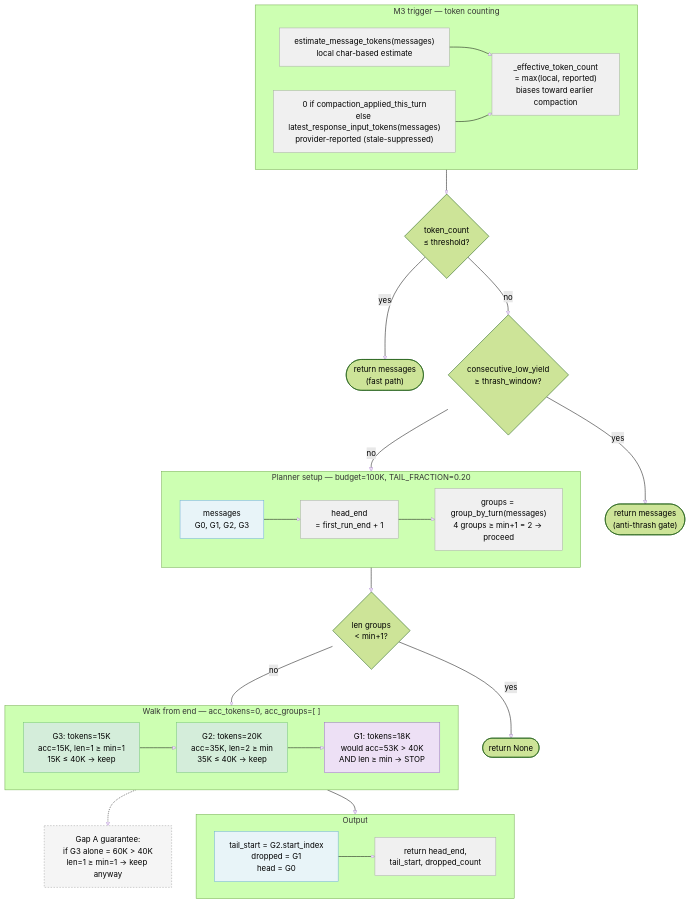
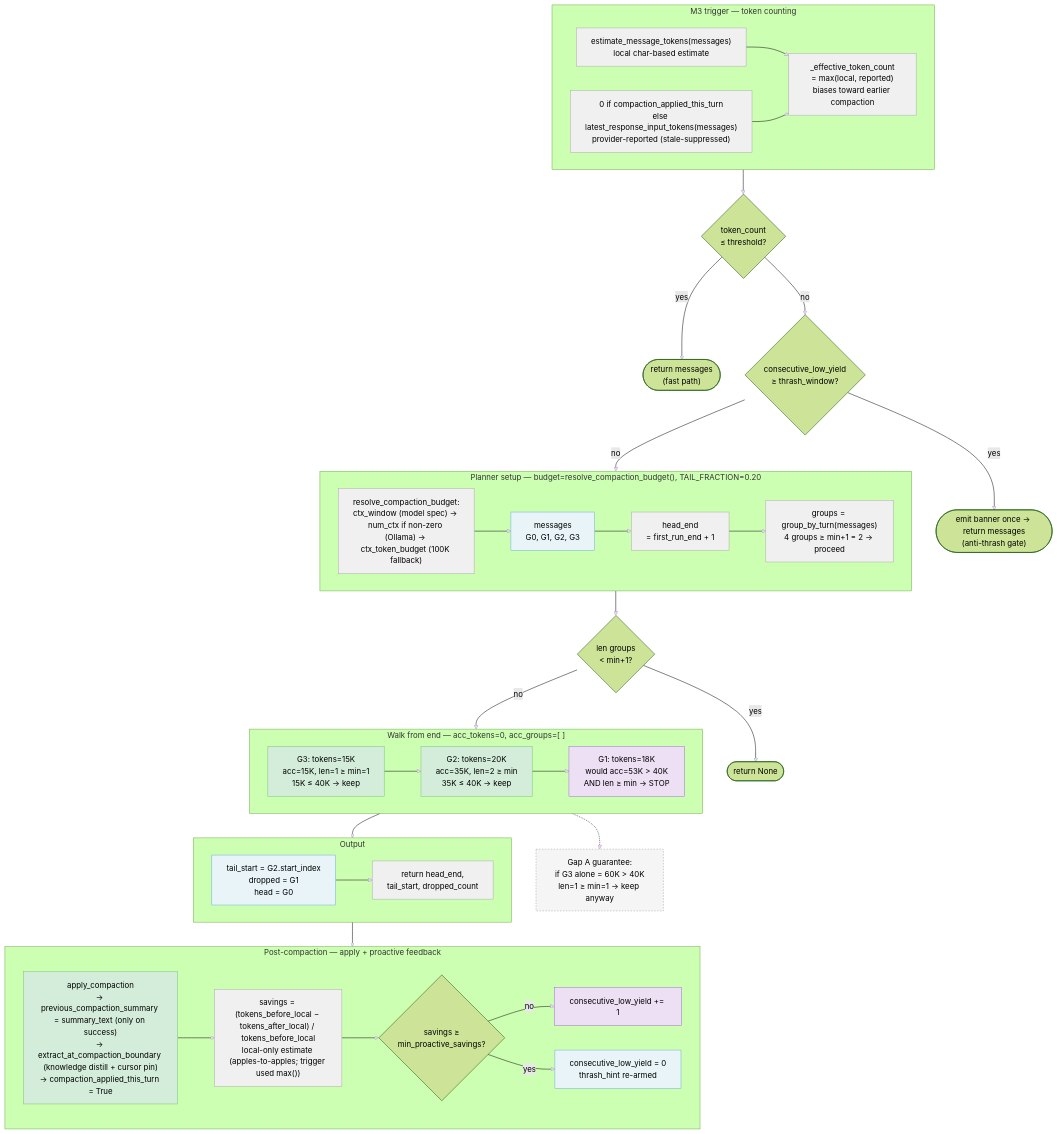
The fourth of 6 diagrams in docs/specs/compaction.md (binlecode/co-cli), drawn with Mermaid (forest theme) before and after one commit. The commit also changed other lines of this file and 6 other files, not shown here.

````diff
--- a/docs/specs/compaction.md
+++ b/docs/specs/compaction.md
@@ -210,62 +213,68 @@
 ```mermaid
 flowchart TD
     subgraph Trigger["M3 trigger — token counting"]
         direction LR
         t_local["estimate_message_tokens(messages)\nlocal char-based estimate"]:::meta
         t_rep["0 if compaction_applied_this_turn\nelse latest_response_input_tokens(messages)\nprovider-reported (stale-suppressed)"]:::meta
         t_eff["_effective_token_count\n= max(local, reported)\nbiases toward earlier compaction"]:::meta
         t_local --> t_eff
         t_rep --> t_eff
     end
 
     ThreshCheck{"token_count\n≤ threshold?"}
     FastPath(["return messages\n(fast path)"])
     ThrashCheck{"consecutive_low_yield\n≥ thrash_window?"}
-    ThrashGate(["return messages\n(anti-thrash gate)"])
+    ThrashGate(["emit banner once → return messages\n(anti-thrash gate)"])
 
-    subgraph Setup["Planner setup — budget=100K, TAIL_FRACTION=0.20"]
+    subgraph Setup["Planner setup — budget=resolve_compaction_budget(), TAIL_FRACTION=0.20"]
         direction LR
-        s_msgs["messages\nG0, G1, G2, G3"]:::head --> s_hinit["head_end\n= first_run_end + 1"]:::meta --> s_grps["groups = group_by_turn(messages)\n4 groups ≥ min+1 = 2 → proceed"]:::meta
+        s_bres["resolve_compaction_budget:\nctx_window (model spec) → num_ctx if non-zero (Ollama) → ctx_token_budget (100K fallback)"]:::meta --> s_msgs["messages\nG0, G1, G2, G3"]:::head --> s_hinit["head_end\n= first_run_end + 1"]:::meta --> s_grps["groups = group_by_turn(messages)\n4 groups ≥ min+1 = 2 → proceed"]:::meta
     end
 
     Check{len groups\n&lt; min+1?}
     Abort(["return None"])
 
     subgraph Walk["Walk from end — acc_tokens=0, acc_groups=[ ]"]
         direction LR
         w1["G3: tokens=15K\nacc=15K, len=1 ≥ min=1\n15K ≤ 40K → keep"]:::tail --> w2["G2: tokens=20K\nacc=35K, len=2 ≥ min\n35K ≤ 40K → keep"]:::tail --> w3["G1: tokens=18K\nwould acc=53K &gt; 40K\nAND len ≥ min → STOP"]:::marker
     end
 
     subgraph Output["Output"]
         direction LR
         o_bounds["tail_start = G2.start_index\ndropped = G1\nhead = G0"]:::head --> o_ret["return head_end,\ntail_start, dropped_count"]:::meta
     end
 
     note_clamp["Gap A guarantee:\nif G3 alone = 60K &gt; 40K\nlen=1 ≥ min=1 → keep anyway"]:::prior
 
+    subgraph PostCompact["Post-compaction — apply + proactive feedback"]
+        direction LR
+        pc1["apply_compaction\n→ previous_compaction_summary = summary_text (only on success)\n→ extract_at_compaction_boundary (knowledge distill + cursor pin)\n→ compaction_applied_this_turn = True"]:::tail --> pc2["savings = (tokens_before_local − tokens_after_local) / tokens_before_local\nlocal-only estimate (apples-to-apples; trigger used max())"]:::meta --> pc3{"savings ≥\nmin_proactive_savings?"}
+        pc3 -->|"no"| pc4["consecutive_low_yield += 1"]:::marker
+        pc3 -->|"yes"| pc5["consecutive_low_yield = 0\nthrash_hint re-armed"]:::head
+    end
+
     Trigger --> ThreshCheck
     ThreshCheck -->|"yes"| FastPath
     ThreshCheck -->|"no"| ThrashCheck
     ThrashCheck -->|"yes"| ThrashGate
     ThrashCheck -->|"no"| Setup
     Setup --> Check
     Check -->|"yes"| Abort
     Check -->|"no"| Walk
     Walk --> Output
+    Output --> PostCompact
     w1 -.-> note_clamp
 
     classDef syspr fill:#fff3e0,stroke:#f57c00
     classDef head fill:#e8f4f8,stroke:#6baed6
     classDef prior fill:#f5f5f5,stroke:#9e9e9e,stroke-dasharray:3 3
     classDef marker fill:#ede0f5,stroke:#9c6fc7
     classDef meta fill:#f0f0f0,stroke:#aaa
     classDef tail fill:#d4edda,stroke:#74c476
 
-    class t_local,t_rep,t_eff,s_hinit,s_grps meta
-    class s_msgs head
-    class w1,w2 tail
-    class w3 marker
-    class o_bounds head
-    class o_ret meta
+    class t_local,t_rep,t_eff,s_bres,s_hinit,s_grps,pc2,o_ret meta
+    class s_msgs,o_bounds,pc5 head
+    class w1,w2,pc1 tail
+    class w3,pc4 marker
     class note_clamp prior
 ```
````
